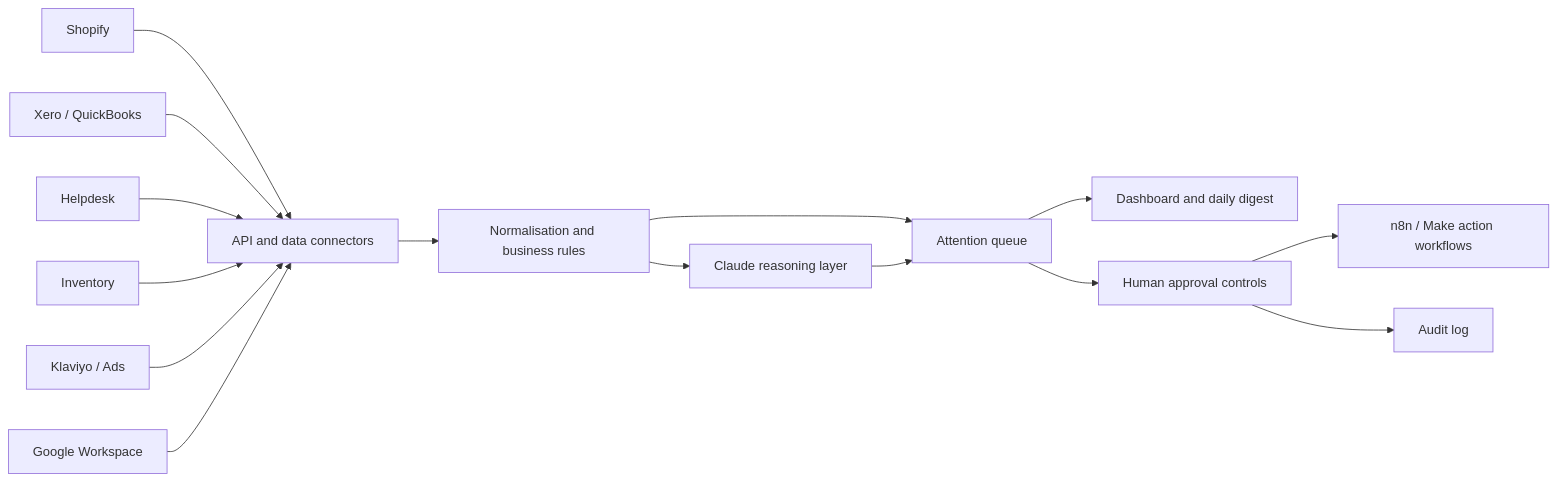
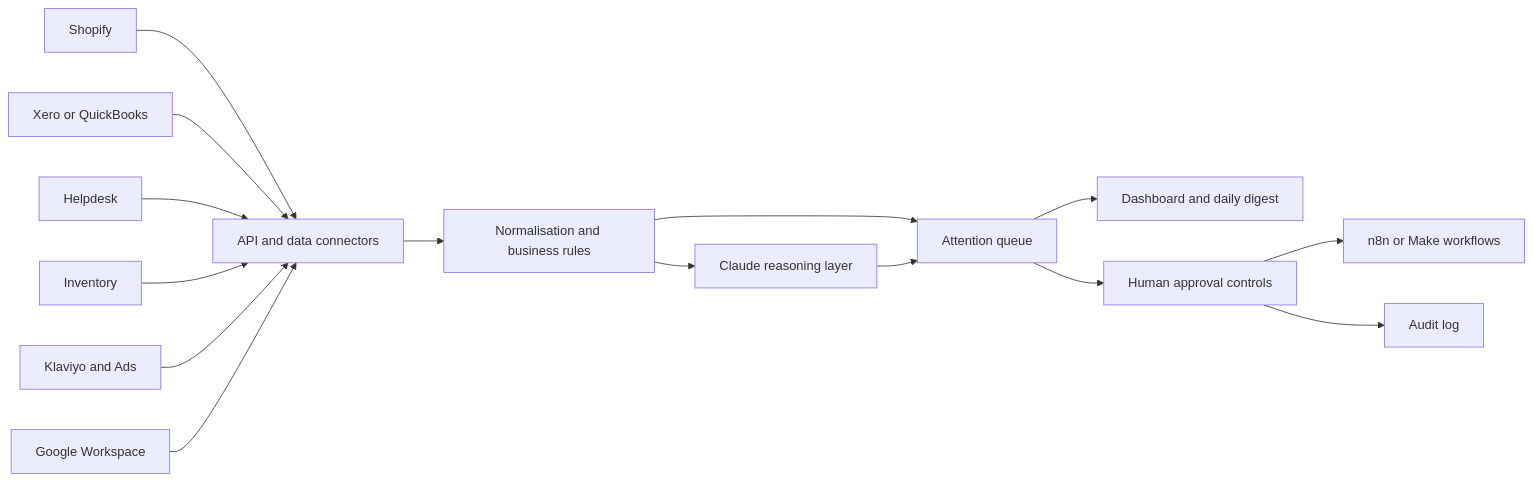
The diagram in README.md (adamhumen123-blip/heritage-ops-agent-demo), drawn with Mermaid before and after one commit. The commit also changed other lines of this file, not shown here.

````diff
--- a/README.md
+++ b/README.md
@@ -75,17 +34,17 @@
 ```mermaid
 flowchart LR
     A[Shopify] --> G[API and data connectors]
-    B[Xero / QuickBooks] --> G
+    B[Xero or QuickBooks] --> G
     C[Helpdesk] --> G
     D[Inventory] --> G
-    E[Klaviyo / Ads] --> G
+    E[Klaviyo and Ads] --> G
     F[Google Workspace] --> G
     G --> H[Normalisation and business rules]
     H --> I[Claude reasoning layer]
     H --> J[Attention queue]
     I --> J
     J --> K[Dashboard and daily digest]
     J --> L[Human approval controls]
-    L --> M[n8n / Make action workflows]
+    L --> M[n8n or Make workflows]
     L --> N[Audit log]
 ```
````
